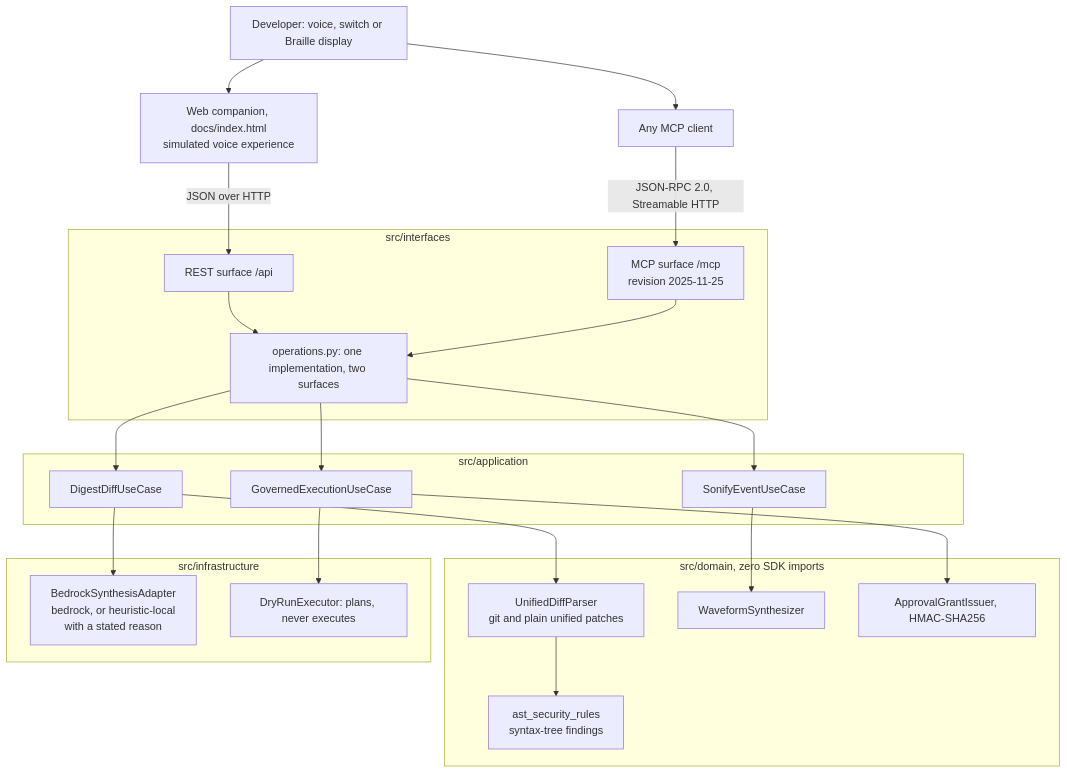
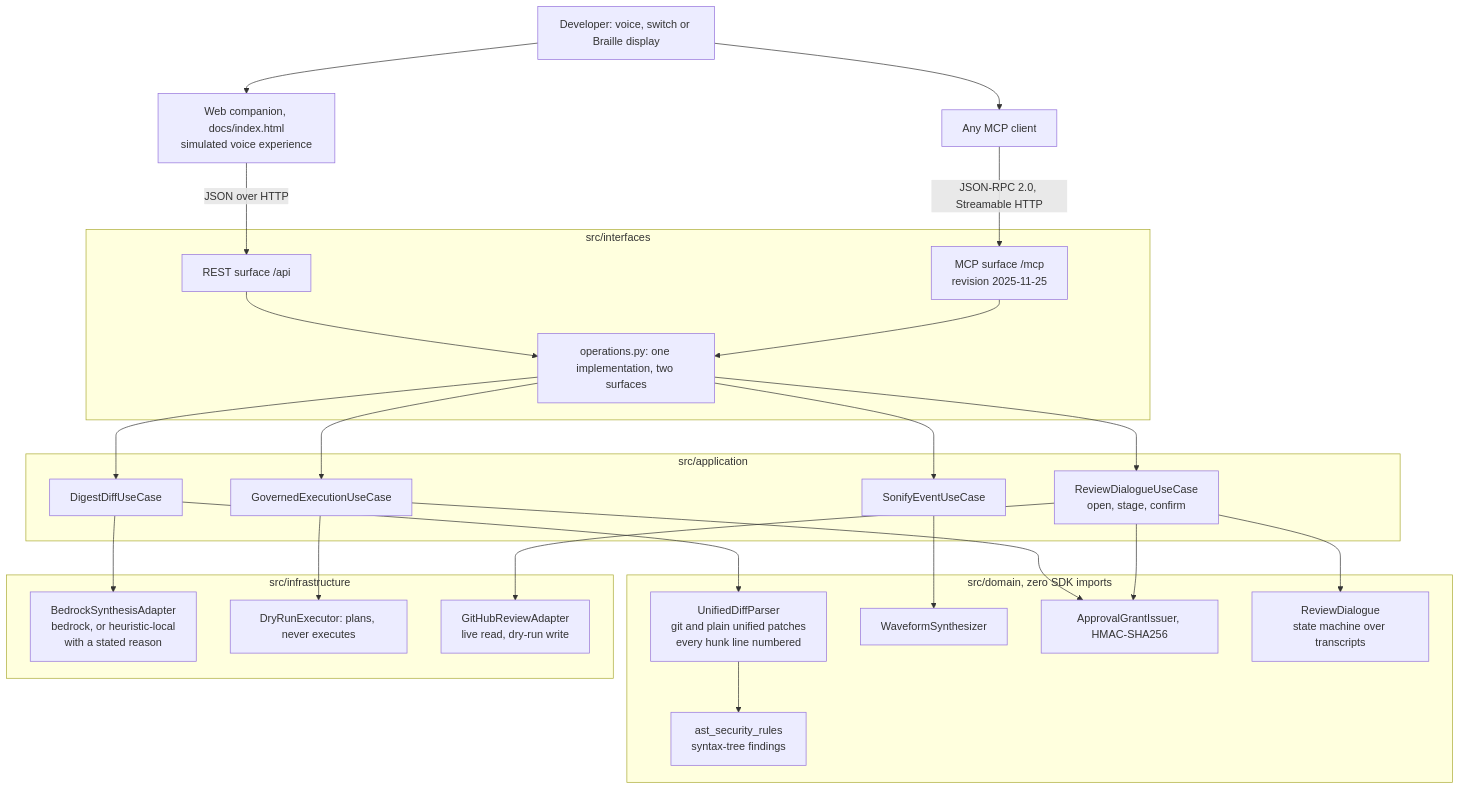
The second of 3 diagrams in README.md (upgradedev/volcan_amazon), drawn with Mermaid before and after one commit. The commit also changed other lines of this file and 10 other files, not shown here.

````diff
--- a/README.md
+++ b/README.md
@@ -267,38 +330,42 @@
 ```mermaid
 graph TD
     Dev["Developer: voice, switch or Braille display"]
     Companion["Web companion, docs/index.html<br/>simulated voice experience"]
     Client["Any MCP client"]
 
     Dev --> Companion
     Dev --> Client
     Companion -->|"JSON over HTTP"| REST["REST surface /api"]
     Client -->|"JSON-RPC 2.0, Streamable HTTP"| MCP["MCP surface /mcp<br/>revision 2025-11-25"]
 
     subgraph Interfaces["src/interfaces"]
         REST
         MCP
         OPS["operations.py: one implementation, two surfaces"]
     end
 
     REST --> OPS
     MCP --> OPS
 
     subgraph Application["src/application"]
         OPS --> DIGEST["DigestDiffUseCase"]
         OPS --> GOV["GovernedExecutionUseCase"]
         OPS --> SONIFY["SonifyEventUseCase"]
+        OPS --> REVIEW["ReviewDialogueUseCase<br/>open, stage, confirm"]
     end
 
     subgraph Domain["src/domain, zero SDK imports"]
-        DIGEST --> PARSER["UnifiedDiffParser<br/>git and plain unified patches"]
+        DIGEST --> PARSER["UnifiedDiffParser<br/>git and plain unified patches<br/>every hunk line numbered"]
         PARSER --> RULES["ast_security_rules<br/>syntax-tree findings"]
         SONIFY --> WAVE["WaveformSynthesizer"]
         GOV --> GRANT["ApprovalGrantIssuer, HMAC-SHA256"]
+        REVIEW --> DIALOGUE["ReviewDialogue<br/>state machine over transcripts"]
+        REVIEW --> GRANT
     end
 
     subgraph Infrastructure["src/infrastructure"]
         DIGEST --> BEDROCK["BedrockSynthesisAdapter<br/>bedrock, or heuristic-local<br/>with a stated reason"]
         GOV --> PLANNER["DryRunExecutor: plans, never executes"]
+        REVIEW --> GITHUB["GitHubReviewAdapter<br/>live read, dry-run write"]
     end
 ```
````
